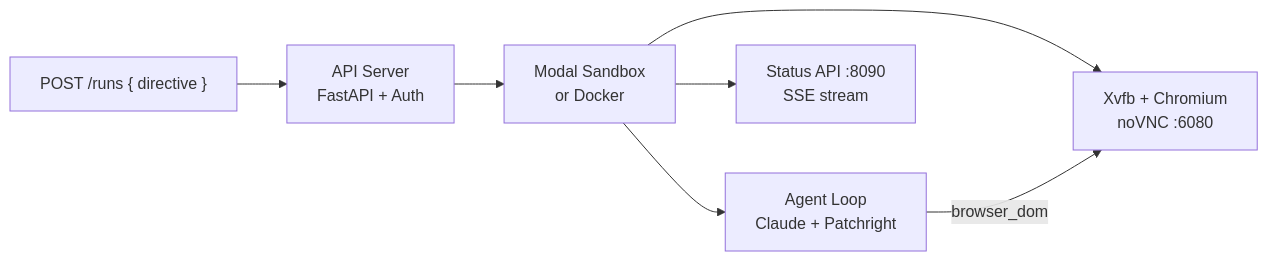
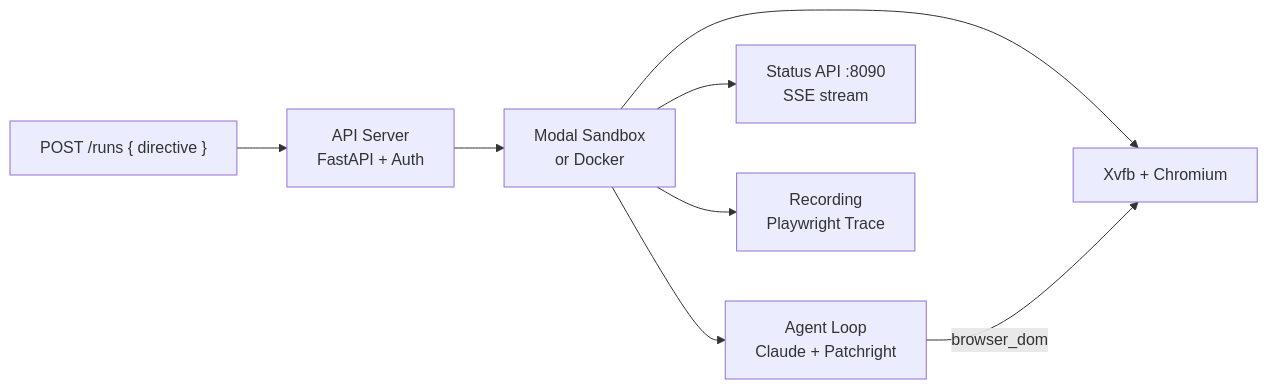
One commit to AppliedLabsAI/cua changed the first of 3 diagrams in README.md. Above: the diagram before and after it, drawn with Mermaid. The commit also changed other lines of this file and 7 other files, not shown here.

````diff
--- a/README.md
+++ b/README.md
@@ -7,9 +7,10 @@
 ```mermaid
 graph LR
     A["POST /runs { directive }"] --> B[API Server<br/>FastAPI + Auth]
     B --> C[Modal Sandbox<br/>or Docker]
-    C --> D[Xvfb + Chromium<br/>noVNC :6080]
+    C --> D[Xvfb + Chromium]
     C --> E[Agent Loop<br/>Claude + Patchright]
     E -->|browser_dom| D
     C --> F[Status API :8090<br/>SSE stream]
+    C --> G[Recording<br/>Playwright Trace]
 ```
````
